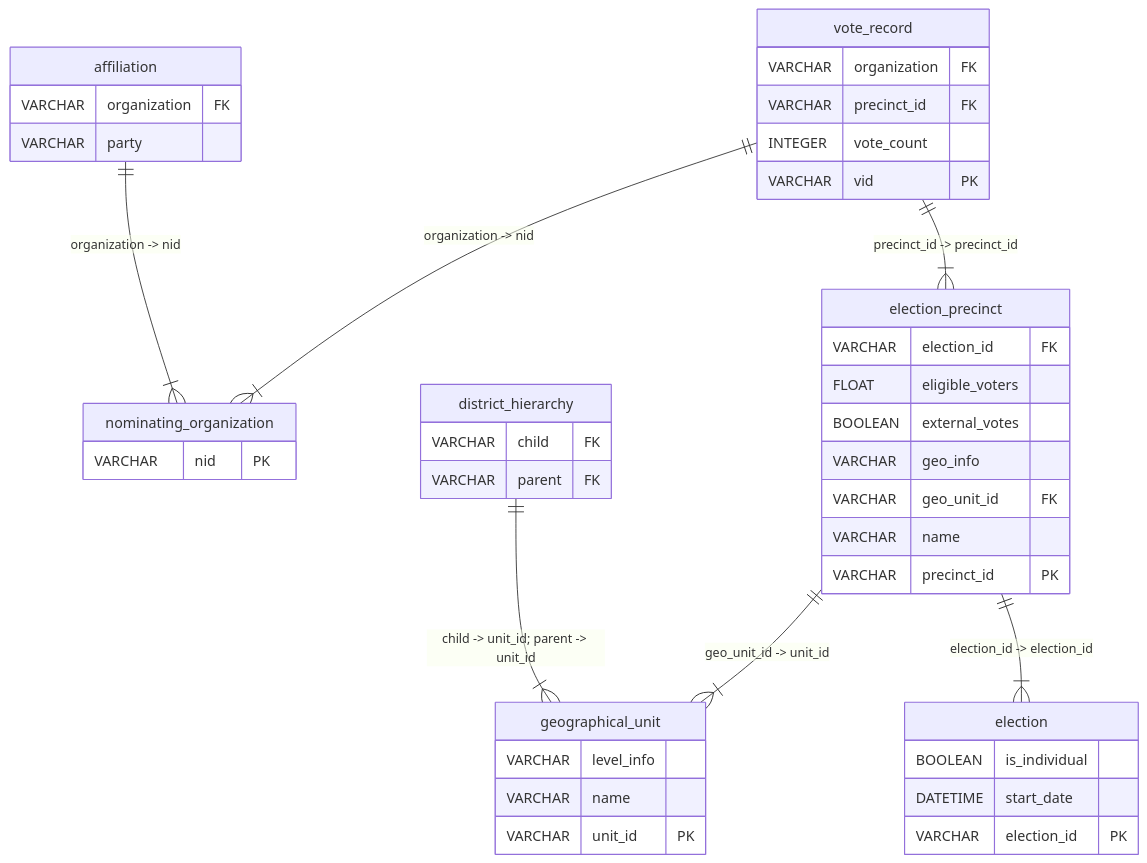
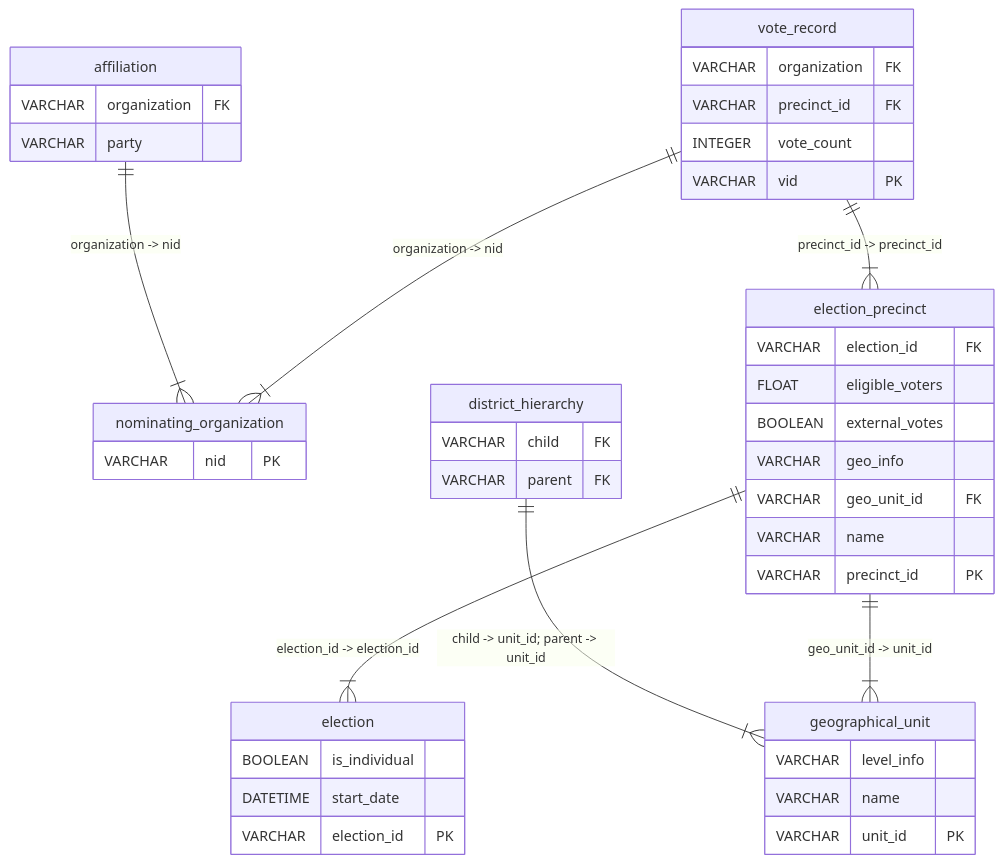
One commit to sscu-budapest/explorer changed the diagram in _sources/dataset-pages/hungarian_elections.md. Above: the diagram before and after it, drawn with Mermaid. The commit also changed other lines of this file and 20 other files, not shown here.

````diff
--- a/_sources/dataset-pages/hungarian_elections.md
+++ b/_sources/dataset-pages/hungarian_elections.md
@@ -22,45 +22,45 @@
 ```{mermaid}
 erDiagram
   affiliation {    
     VARCHAR organization FK     
     VARCHAR party  
   }
   nominating_organization {    
     VARCHAR nid PK 
   }
   district_hierarchy {    
     VARCHAR child FK     
     VARCHAR parent FK 
   }
   geographical_unit {    
     VARCHAR level_info      
     VARCHAR name      
     VARCHAR unit_id PK 
   }
   election {    
     BOOLEAN is_individual      
     DATETIME start_date      
     VARCHAR election_id PK 
   }
   election_precinct {    
     VARCHAR election_id FK     
     FLOAT eligible_voters      
     BOOLEAN external_votes      
     VARCHAR geo_info      
     VARCHAR geo_unit_id FK     
     VARCHAR name      
     VARCHAR precinct_id PK 
   }
   vote_record {    
     VARCHAR organization FK     
     VARCHAR precinct_id FK     
     INTEGER vote_count      
     VARCHAR vid PK 
   }
   affiliation ||--|{ nominating_organization : "organization -> nid"
   district_hierarchy ||--|{ geographical_unit : "child -> unit_id; parent -> unit_id"
+  election_precinct ||--|{ election : "election_id -> election_id"
   election_precinct ||--|{ geographical_unit : "geo_unit_id -> unit_id"
-  election_precinct ||--|{ election : "election_id -> election_id"
   vote_record ||--|{ election_precinct : "precinct_id -> precinct_id"
   vote_record ||--|{ nominating_organization : "organization -> nid"
 ```
````
